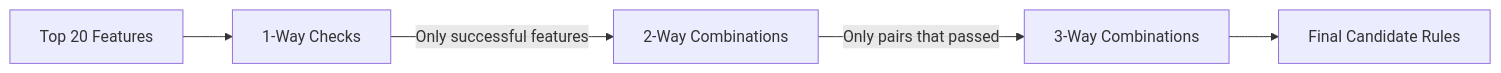
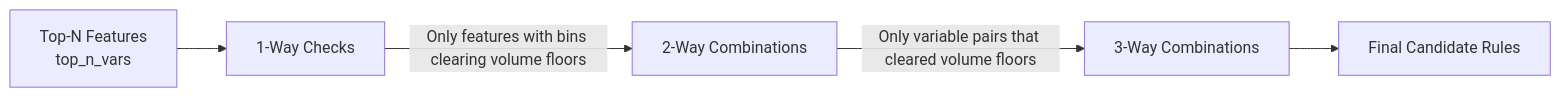
Before and after one commit to B2BDA/RapidSegment: the fourth of 4 diagrams in README.md, drawn with Mermaid. The commit also changed other lines of this file and 3 other files, not shown here.

````diff
--- a/README.md
+++ b/README.md
@@ -350,7 +353,7 @@
 ```mermaid
 flowchart LR
-    A[Top 20 Features] --> B[1‑Way Checks]
-    B -->|Only successful features| C[2‑Way Combinations]
-    C -->|Only pairs that passed| D[3‑Way Combinations]
+    A[Top-N Features<br/>top_n_vars] --> B[1‑Way Checks]
+    B -->|Only features with bins clearing volume floors| C[2‑Way Combinations]
+    C -->|Only variable pairs that cleared volume floors| D[3‑Way Combinations]
     D --> E[Final Candidate Rules]
 ```
````
